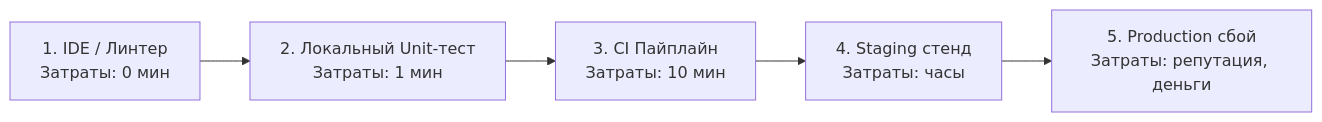
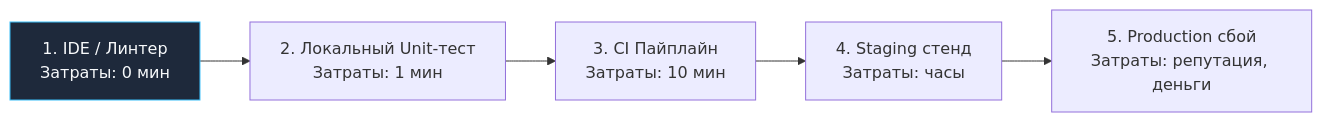
Before and after one commit to UnrealTemplier/go-textbook: the third of 3 diagrams in sources/15. Тестирование в Go (QA & Testing)/10. Практика и CI/7. Speed vs reliability.md, drawn with Mermaid. The commit also changed other lines of this file and 1666 other files, not shown here.

First line of the commit message:
feat(mermaid): add semantic color classDef to 1369 colorless flowchart/graph diagrams

````diff
--- a/sources/15. Тестирование в Go (QA & Testing)/10. Практика и CI/7. Speed vs reliability.md
+++ b/sources/15. Тестирование в Go (QA & Testing)/10. Практика и CI/7. Speed vs reliability.md
@@ -117,7 +137,17 @@
 ```mermaid
 flowchart LR
-    IDE["1. IDE / Линтер<br>Затраты: 0 мин"] --> Unit["2. Локальный Unit-тест<br>Затраты: 1 мин"]
+    classDef process  fill:#1e293b,stroke:#38bdf8,stroke-width:1px,color:#f8fafc
+    classDef success  fill:#064e3b,stroke:#34d399,stroke-width:1px,color:#f8fafc
+    classDef error    fill:#7f1d1d,stroke:#f87171,stroke-width:1px,color:#f8fafc
+    classDef warning  fill:#78350f,stroke:#fbbf24,stroke-width:1px,color:#f8fafc
+    classDef entry    fill:#1e3a5f,stroke:#38bdf8,stroke-width:2px,color:#f8fafc
+    classDef aux      fill:#334155,stroke:#64748b,stroke-width:1px,color:#f8fafc
+    classDef system   fill:#312e81,stroke:#a78bfa,stroke-width:1px,color:#f8fafc
+    classDef data     fill:#132d29,stroke:#2dd4bf,stroke-width:1px,color:#f8fafc
+    classDef network  fill:#881337,stroke:#fb7185,stroke-width:1px,color:#f8fafc
+    classDef accent   fill:#1e1b4b,stroke:#818cf8,stroke-width:1px,color:#f8fafc
+    IDE["1. IDE / Линтер<br>Затраты: 0 мин"]:::process --> Unit["2. Локальный Unit-тест<br>Затраты: 1 мин"]
     Unit --> CI["3. CI Пайплайн<br>Затраты: 10 мин"]
     CI --> Staging["4. Staging стенд<br>Затраты: часы"]
     Staging --> Prod["5. Production сбой<br>Затраты: репутация, деньги"]
 ```
````
